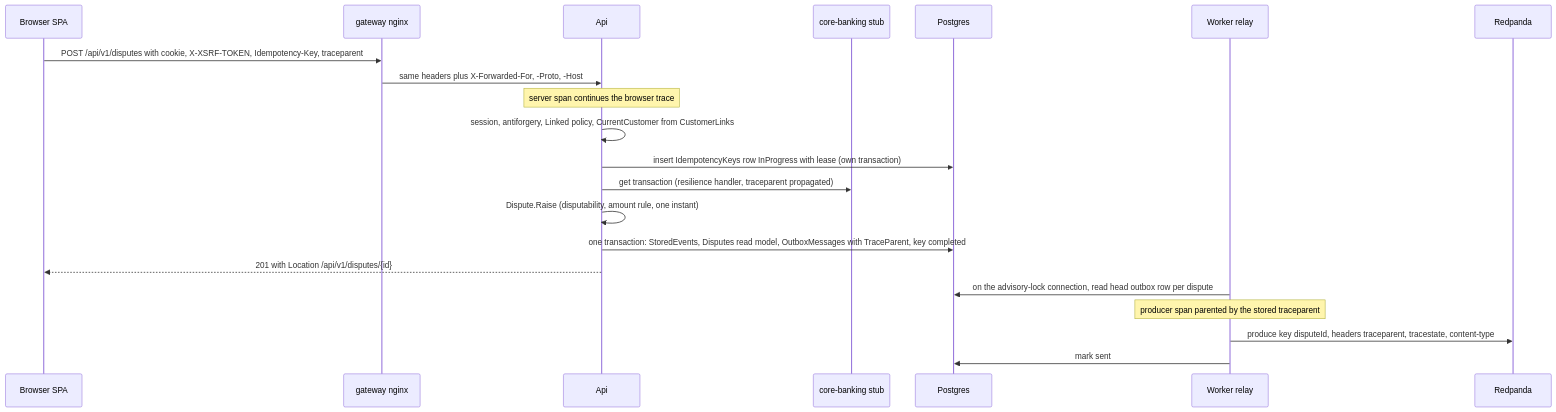
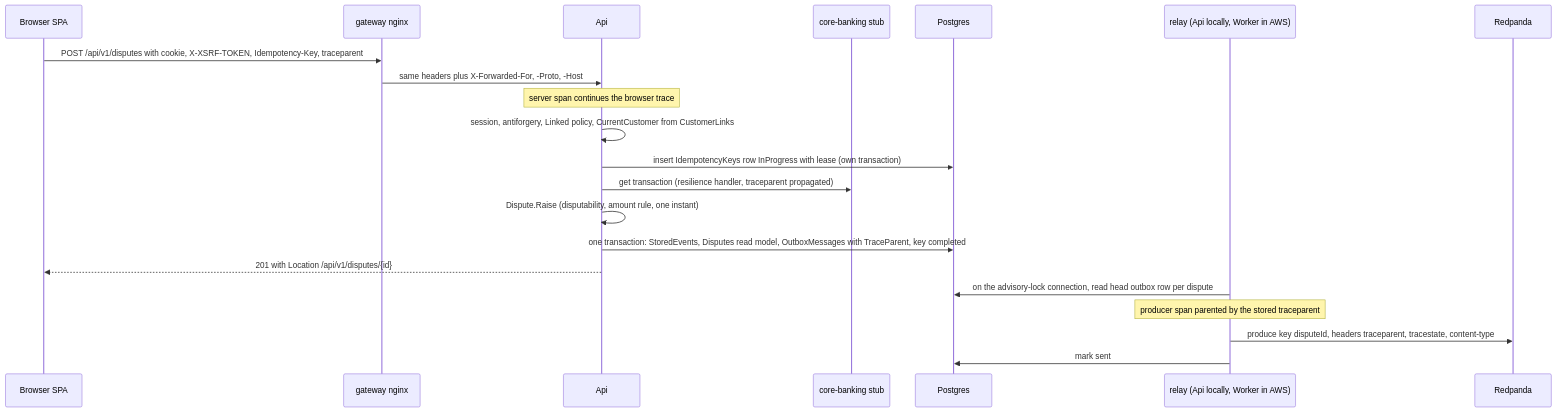
Before and after one commit to njabulozmnisi/disputedesk: the fourth of 5 diagrams in docs/architecture/architecture.md, drawn with Mermaid. The commit also changed other lines of this file and 249 other files, not shown here.

First line of the commit message:
Stories merge through their pull request and the guard bounds the flow (#7)

````diff
--- a/docs/architecture/architecture.md
+++ b/docs/architecture/architecture.md
@@ -601,23 +602,23 @@
 ```mermaid
 sequenceDiagram
   participant B as Browser SPA
   participant G as gateway nginx
   participant A as Api
   participant C as core-banking stub
   participant P as Postgres
-  participant W as Worker relay
+  participant W as relay (Api locally, Worker in AWS)
   participant K as Redpanda
   B->>G: POST /api/v1/disputes with cookie, X-XSRF-TOKEN, Idempotency-Key, traceparent
   G->>A: same headers plus X-Forwarded-For, -Proto, -Host
   Note over A: server span continues the browser trace
   A->>A: session, antiforgery, Linked policy, CurrentCustomer from CustomerLinks
   A->>P: insert IdempotencyKeys row InProgress with lease (own transaction)
   A->>C: get transaction (resilience handler, traceparent propagated)
   A->>A: Dispute.Raise (disputability, amount rule, one instant)
   A->>P: one transaction: StoredEvents, Disputes read model, OutboxMessages with TraceParent, key completed
   A-->>B: 201 with Location /api/v1/disputes/{id}
   W->>P: on the advisory-lock connection, read head outbox row per dispute
   Note over W: producer span parented by the stored traceparent
   W->>K: produce key disputeId, headers traceparent, tracestate, content-type
   W->>P: mark sent
 ```
````
